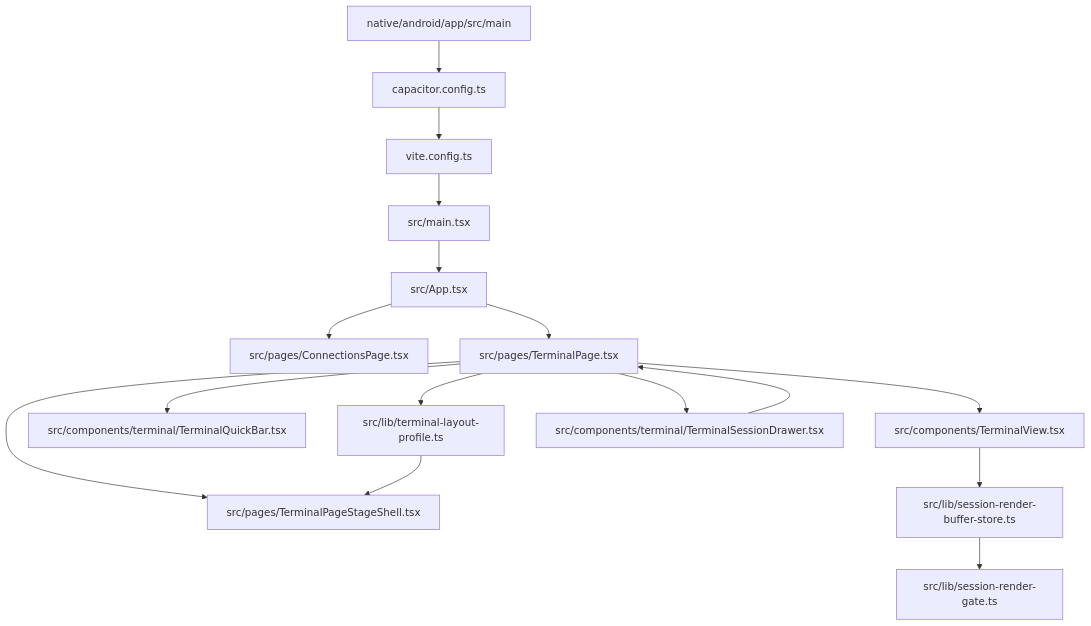
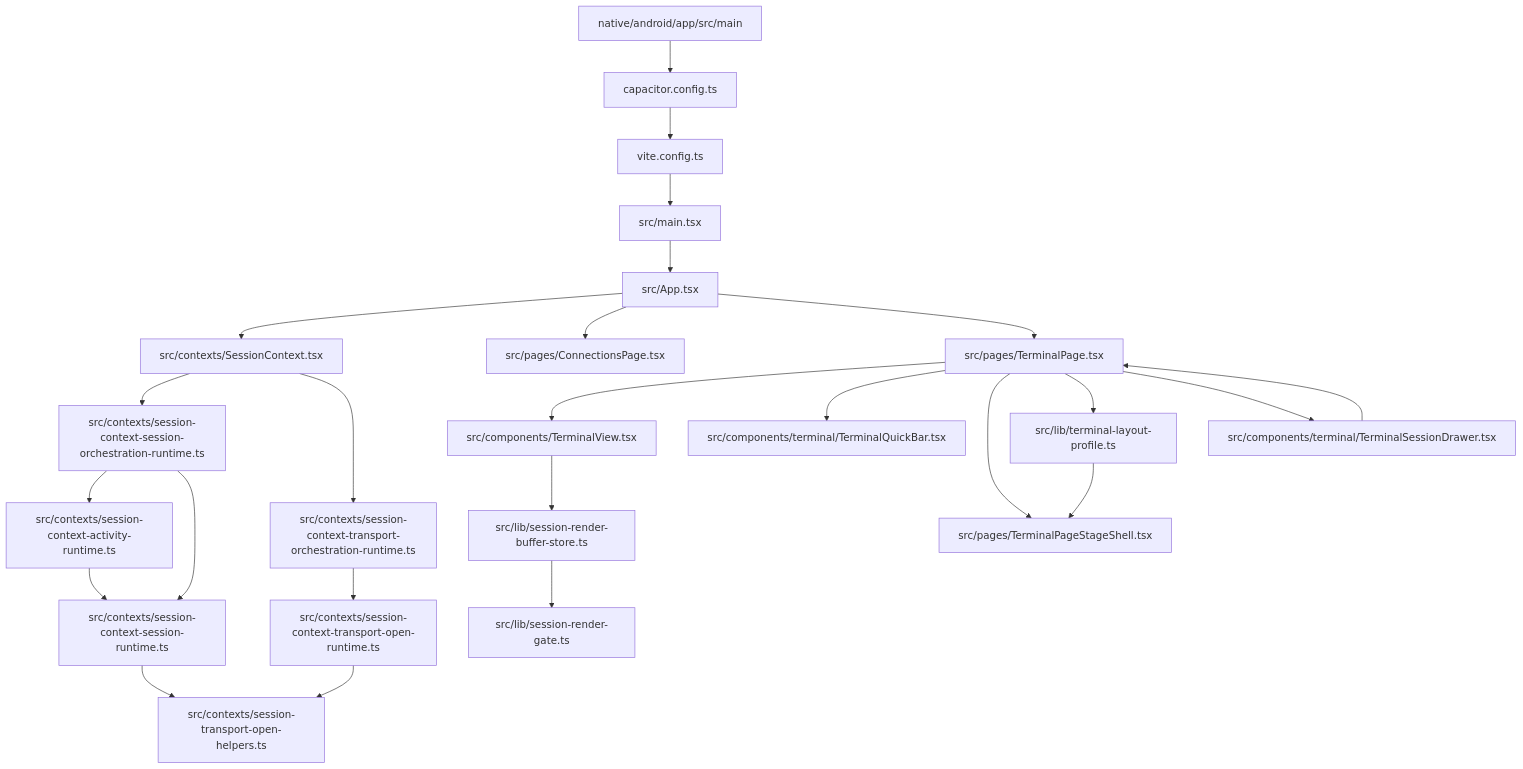
One commit to Jasonzhangf/zterm changed the first of 3 diagrams in android/docs/wiki/mainline-source.md. Above: the diagram before and after it, drawn with Mermaid. The commit also changed other lines of this file and 18 other files, not shown here.

Commit message:
fix(android): reuse session websockets

````diff
--- a/android/docs/wiki/mainline-source.md
+++ b/android/docs/wiki/mainline-source.md
@@ -7,18 +7,27 @@
 ```mermaid
 flowchart TD
   Native["native/android/app/src/main"] --> Capacitor["capacitor.config.ts"]
   Capacitor --> Vite["vite.config.ts"]
   Vite --> Main["src/main.tsx"]
   Main --> App["src/App.tsx"]
+  App --> SessionContext["src/contexts/SessionContext.tsx"]
+  SessionContext --> SessionLifecycle["src/contexts/session-context-session-orchestration-runtime.ts"]
+  SessionLifecycle --> ActivityFreshness["src/contexts/session-context-activity-runtime.ts"]
+  ActivityFreshness --> SessionRuntime["src/contexts/session-context-session-runtime.ts"]
+  SessionLifecycle --> SessionRuntime
+  SessionRuntime --> TransportReusePlan["src/contexts/session-transport-open-helpers.ts"]
+  SessionContext --> TransportOrchestration["src/contexts/session-context-transport-orchestration-runtime.ts"]
+  TransportOrchestration --> TransportOpen["src/contexts/session-context-transport-open-runtime.ts"]
+  TransportOpen --> TransportReusePlan
   App --> Connections["src/pages/ConnectionsPage.tsx"]
   App --> TerminalPage["src/pages/TerminalPage.tsx"]
   TerminalPage --> TerminalView["src/components/TerminalView.tsx"]
   TerminalPage --> QuickBar["src/components/terminal/TerminalQuickBar.tsx"]
   TerminalPage --> StageShell["src/pages/TerminalPageStageShell.tsx"]
   TerminalPage --> LayoutProfile["src/lib/terminal-layout-profile.ts"]
   LayoutProfile --> StageShell
   TerminalPage --> SessionDrawer["src/components/terminal/TerminalSessionDrawer.tsx"]
   SessionDrawer --> TerminalPage
   TerminalView --> Renderer["src/lib/session-render-buffer-store.ts"]
   Renderer --> RenderGate["src/lib/session-render-gate.ts"]
 ```
````
